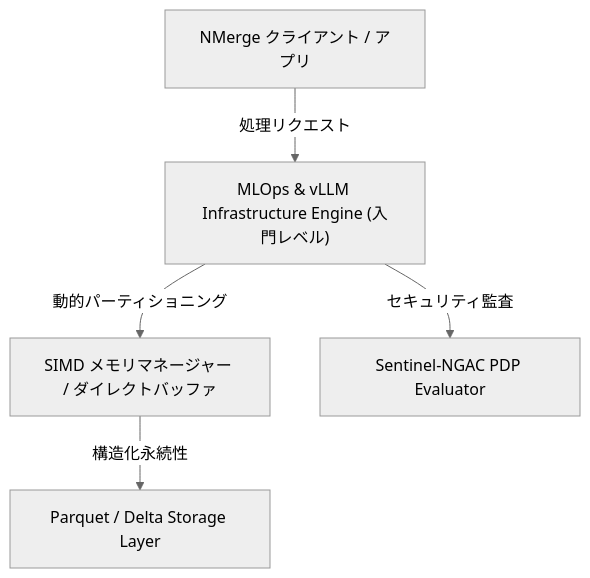
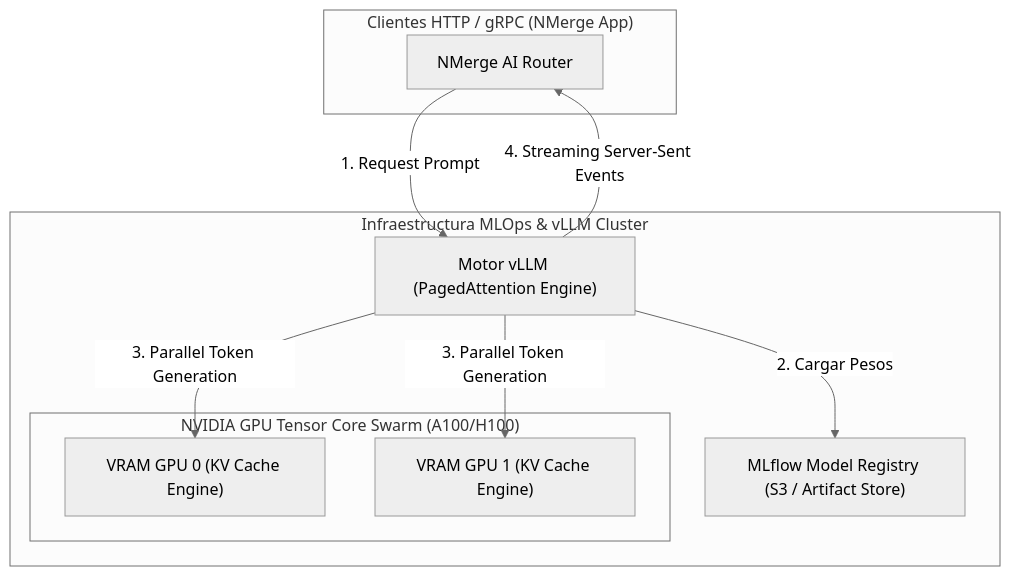
One commit to gjpierp/nmergeia changed the diagram in public/docs/ja/datascience_mlops.md. Above: the diagram before and after it, drawn with Mermaid (neutral theme). The commit also changed other lines of this file and 22 other files, not shown here.

````diff
--- a/public/docs/ja/datascience_mlops.md
+++ b/public/docs/ja/datascience_mlops.md
@@ -16,7 +15,21 @@
 ```mermaid
 flowchart TD
-    A["NMerge クライアント / アプリ"] -->|処理リクエスト| B["MLOps & vLLM Infrastructure Engine (入門レベル)"]
-    B -->|動的パーティショニング| C["SIMD メモリマネージャー / ダイレクトバッファ"]
-    C -->|構造化永続性| D["Parquet / Delta Storage Layer"]
-    B -->|セキュリティ監査| E["Sentinel-NGAC PDP Evaluator"]
+    subgraph Clients ["Clientes HTTP / gRPC (NMerge App)"]
+        API["NMerge AI Router"]
+    end
+
+    subgraph MLOpsLayer ["Infraestructura MLOps & vLLM Cluster"]
+        vLLM["Motor vLLM (PagedAttention Engine)"]
+        subgraph GPUCluster ["NVIDIA GPU Tensor Core Swarm (A100/H100)"]
+            GPU1["VRAM GPU 0 (KV Cache Engine)"]
+            GPU2["VRAM GPU 1 (KV Cache Engine)"]
+        end
+        MLflow["MLflow Model Registry (S3 / Artifact Store)"]
+    end
+
+    API -->|1. Request Prompt| vLLM
+    vLLM -->|2. Cargar Pesos| MLflow
+    vLLM -->|3. Parallel Token Generation| GPU1
+    vLLM -->|3. Parallel Token Generation| GPU2
+    vLLM -->|4. Streaming Server-Sent Events| API
 ```
````
